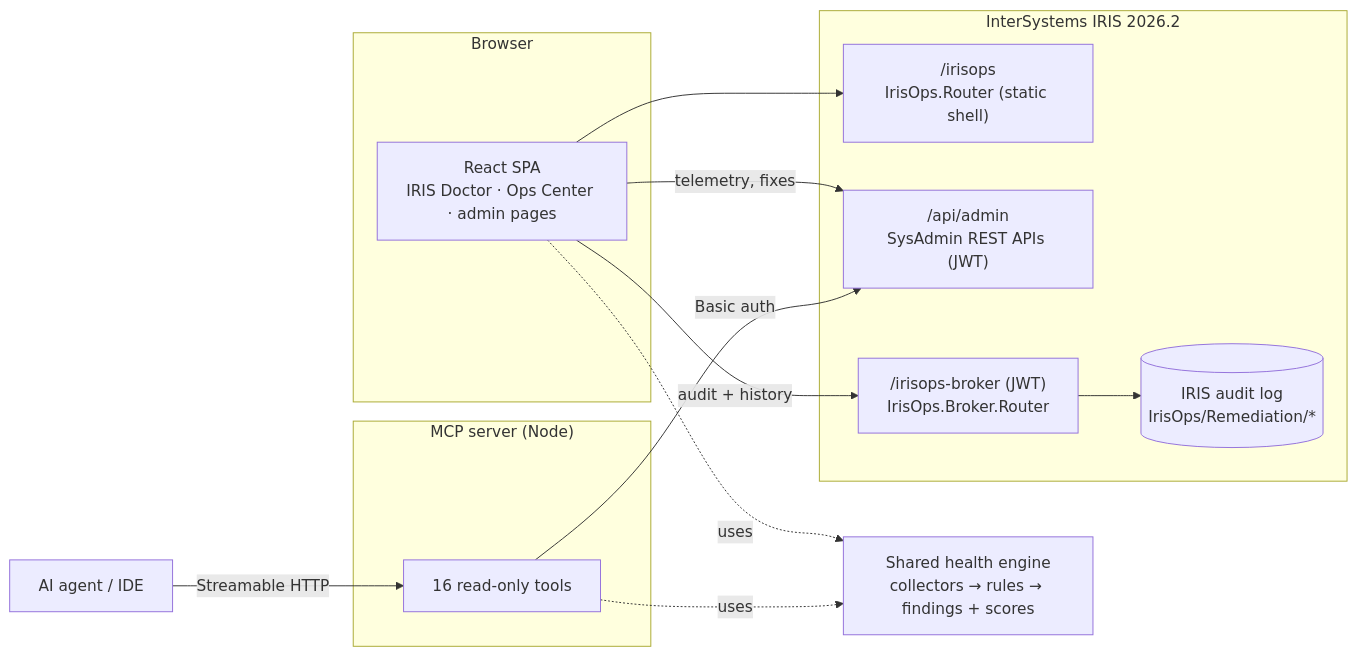
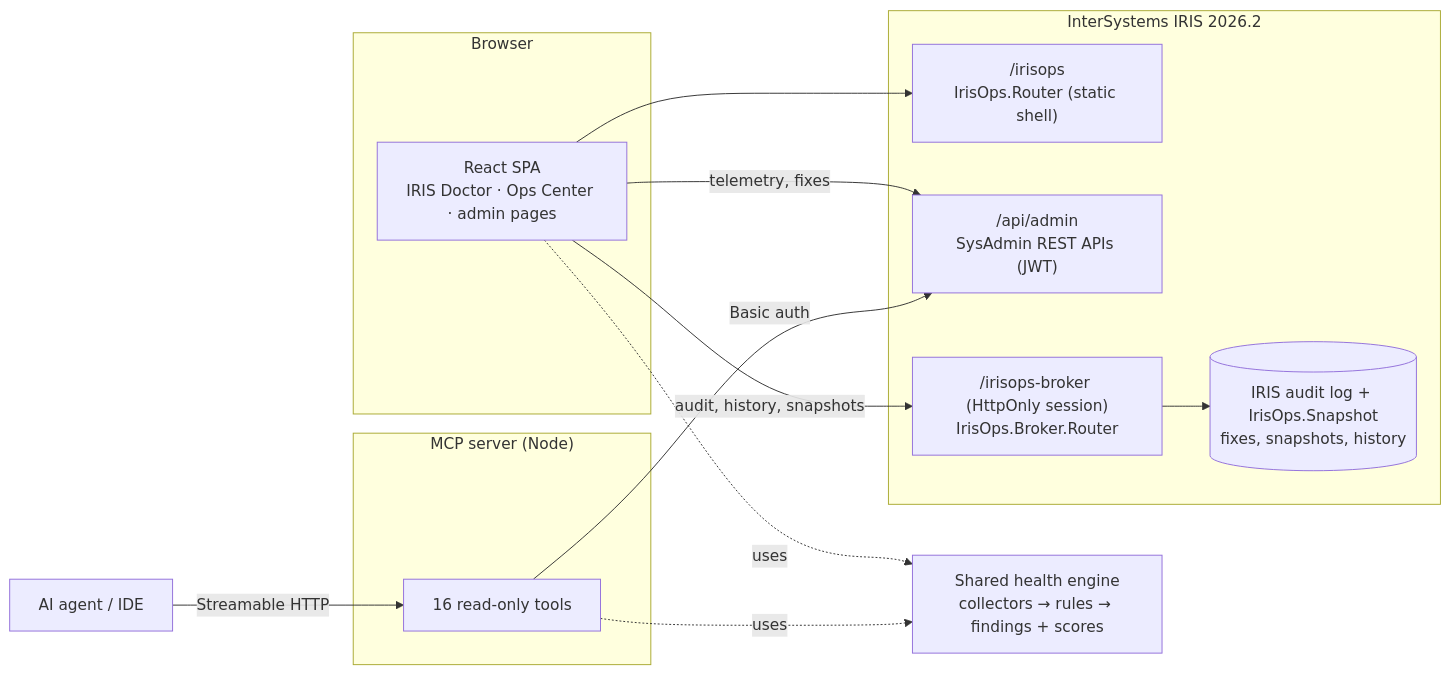
Before and after one commit to Fruitkwan/IRIS_Mission_Control: the diagram in README.md, drawn with Mermaid. The commit also changed other lines of this file and 22 other files, not shown here.

First line of the commit message:
Store snapshots in IRIS and move the broker to an HttpOnly session

````diff
--- a/README.md
+++ b/README.md
@@ -119,24 +119,24 @@
 ```mermaid
 flowchart LR
   subgraph Browser
     UI["React SPA<br/>IRIS Doctor · Ops Center · admin pages"]
   end
   subgraph IRIS["InterSystems IRIS 2026.2"]
     SPA["/irisops<br/>IrisOps.Router (static shell)"]
     API["/api/admin<br/>SysAdmin REST APIs (JWT)"]
-    BRK["/irisops-broker (JWT)<br/>IrisOps.Broker.Router"]
-    AUD[("IRIS audit log<br/>IrisOps/Remediation/*")]
+    BRK["/irisops-broker (HttpOnly session)<br/>IrisOps.Broker.Router"]
+    AUD[("IRIS audit log + IrisOps.Snapshot<br/>fixes, snapshots, history")]
   end
   subgraph MCP["MCP server (Node)"]
     TOOLS["16 read-only tools"]
   end
   Engine["Shared health engine<br/>collectors → rules → findings + scores"]
   Agent["AI agent / IDE"]
 
   UI --> SPA
   UI -- telemetry, fixes --> API
-  UI -- audit + history --> BRK --> AUD
+  UI -- audit, history, snapshots --> BRK --> AUD
   UI -.uses.-> Engine
   TOOLS -.uses.-> Engine
   Agent -- Streamable HTTP --> TOOLS -- Basic auth --> API
 ```
````
